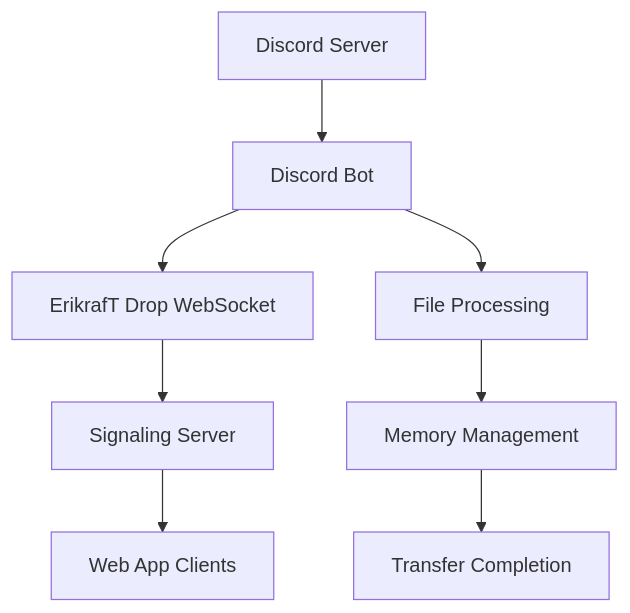
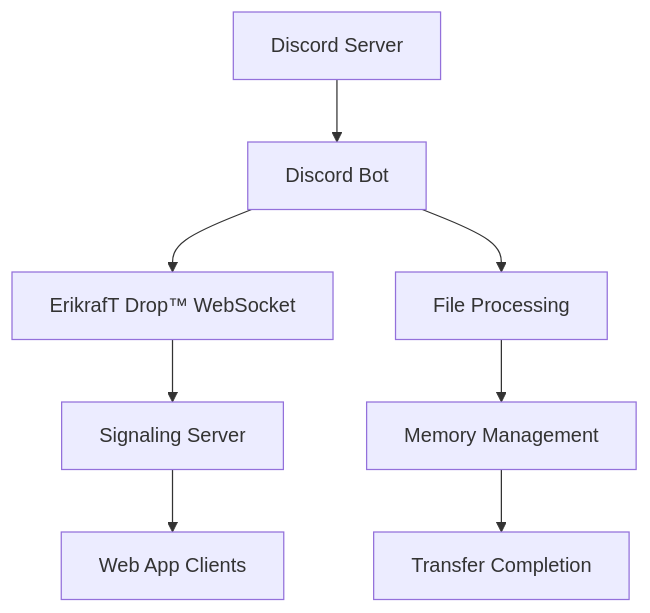
Before and after one commit to erikraft/Drop: the first of 2 diagrams in docs/ecosystem/discord.mdx, drawn with Mermaid. The commit also changed other lines of this file and 178 other files, not shown here.

First line of the commit message:
chore: update user-facing branding text with ErikrafT Drop™ trademark

````diff
--- a/docs/ecosystem/discord.mdx
+++ b/docs/ecosystem/discord.mdx
@@ -25,10 +25,10 @@
 ```mermaid
 graph TD
     A[Discord Server] --> B[Discord Bot]
-    B --> C[ErikrafT Drop WebSocket]
+    B --> C[ErikrafT Drop™ WebSocket]
     C --> D[Signaling Server]
     D --> E[Web App Clients]
     B --> F[File Processing]
     F --> G[Memory Management]
     G --> H[Transfer Completion]
 ```
````
